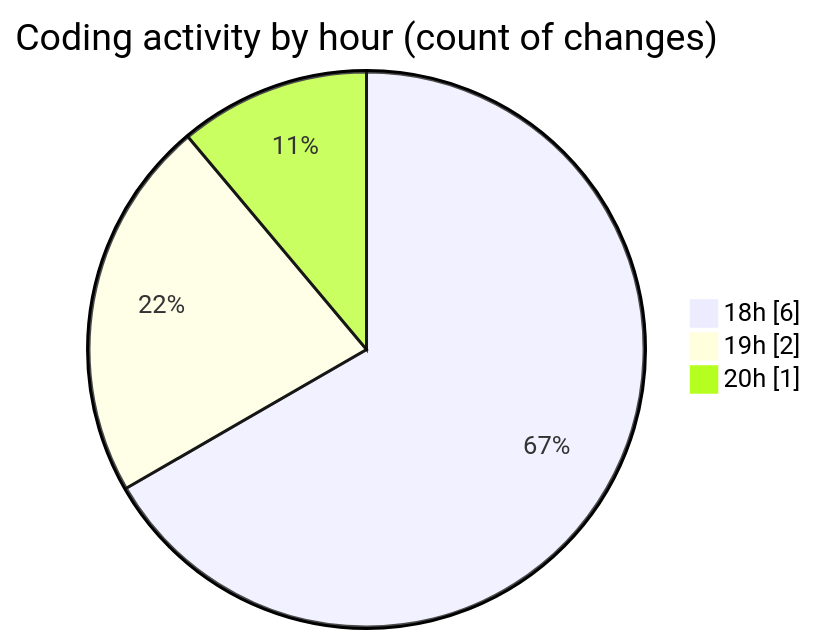
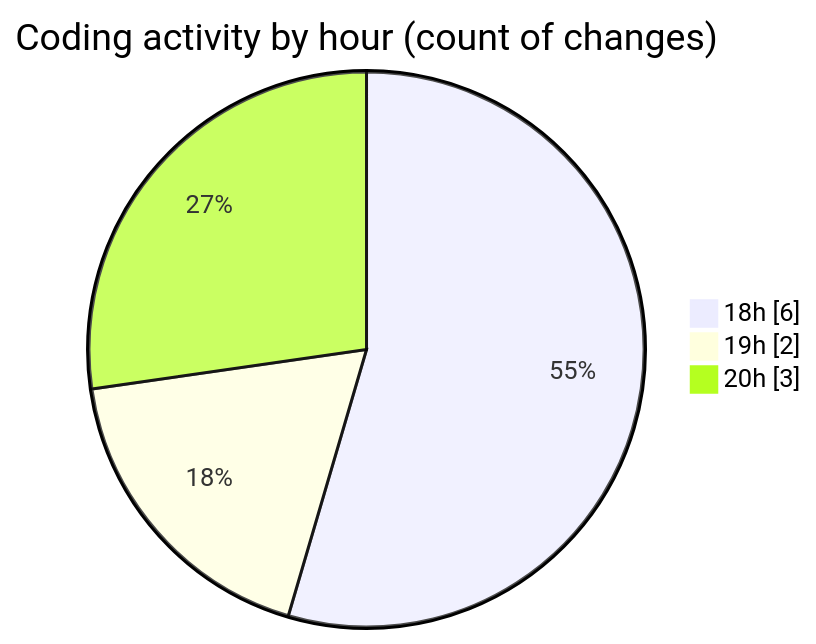
The second of 2 diagrams in 2025-08-10/transactions-new/README.md (EIIisD/code-tracking), drawn with Mermaid before and after one commit. The commit also changed other lines of this file and 1 other file, not shown here.

````diff
--- a/2025-08-10/transactions-new/README.md
+++ b/2025-08-10/transactions-new/README.md
@@ -30,7 +32,7 @@
 ```mermaid
 pie showData
 title Coding activity by hour (count of changes)
 "18h" : 6
 "19h" : 2
-"20h" : 1
+"20h" : 3
 ```
````
